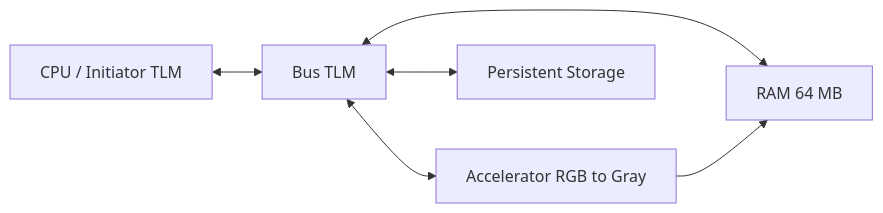
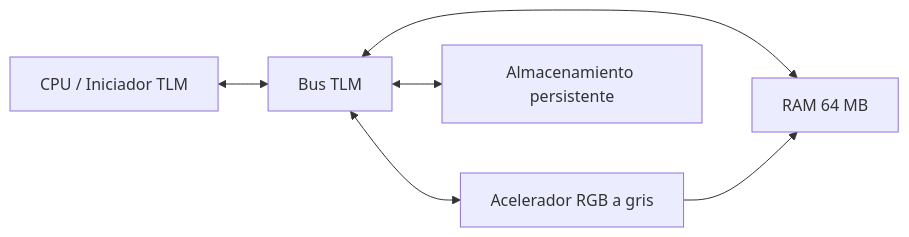
Before and after one commit to RoJoSaVs/hls-gem5-rgb2gray: the diagram in base-accelerator/README.md, drawn with Mermaid. The commit also changed other lines of this file and 13 other files, not shown here.

````diff
--- a/base-accelerator/README.md
+++ b/base-accelerator/README.md
@@ -116,14 +120,14 @@
 ```mermaid
 flowchart LR
-    CPU[CPU / Initiator TLM]
+    CPU[CPU / Iniciador TLM]
     BUS[Bus TLM]
     RAM[RAM 64 MB]
-    ACC[Accelerator RGB to Gray]
-    STG[Persistent Storage]
+    ACC[Acelerador RGB a gris]
+    STG[Almacenamiento persistente]
 
     CPU <--> BUS
     BUS <--> RAM
     BUS <--> ACC
     BUS <--> STG
     ACC --> RAM
 ```
````
